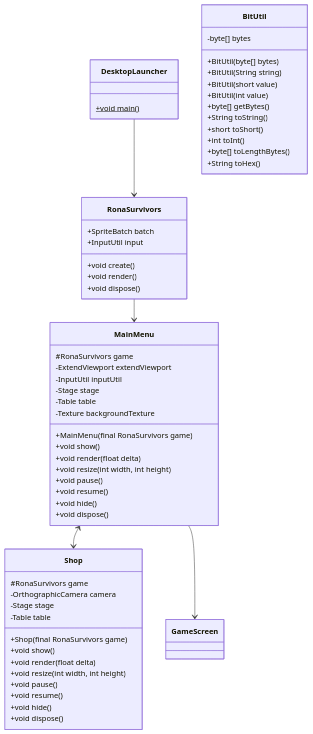
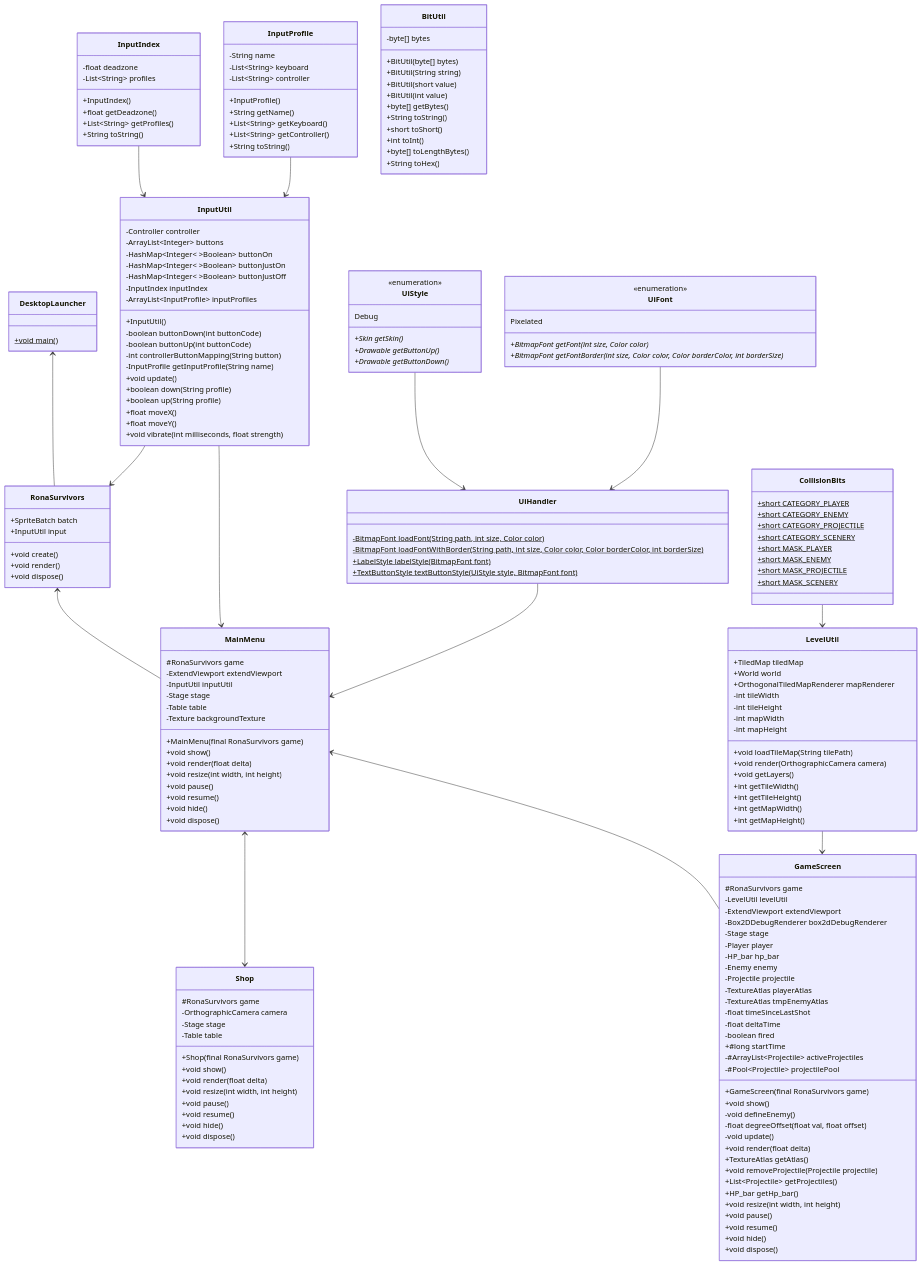
Before and after one commit to beateskog/INF112project: the diagram in README.md, drawn with Mermaid.

Commit message:
Class diagram

````diff
--- a/README.md
+++ b/README.md
@@ -61,9 +61,21 @@
 ```mermaid
 classDiagram
-    DesktopLauncher --> RonaSurvivors
-    RonaSurvivors --> MainMenu
+    DesktopLauncher <-- RonaSurvivors
+    RonaSurvivors <-- MainMenu
     MainMenu <--> Shop
-    MainMenu --> GameScreen
+    MainMenu <-- GameScreen
+    InputUtil --> RonaSurvivors
+    InputUtil --> MainMenu
+    UiHandler --> MainMenu
+    LevelUtil --> GameScreen
+
+    InputIndex --> InputUtil
+    InputProfile --> InputUtil
+
+    UiStyle --> UiHandler
+    UiFont --> UiHandler
+
+    CollisionBits --> LevelUtil
 
     %% Startup
     class DesktopLauncher {
@@ -115,10 +127,85 @@
     }
 
     class GameScreen {
+        #RonaSurvivors game
+        -LevelUtil levelUtil
+        -ExtendViewport extendViewport
+        -Box2DDebugRenderer box2dDebugRenderer
+        -Stage stage
+        -Player player
+        -HP_bar hp_bar
+        -Enemy enemy
+        -Projectile projectile
+        -TextureAtlas playerAtlas
+        -TextureAtlas tmpEnemyAtlas
+        -float timeSinceLastShot
+        -float deltaTime
+        -boolean fired
+        +#long startTime
+        -#ArrayList~Projectile~ activeProjectiles
+        -#Pool~Projectile~ projectilePool
 
+        +GameScreen(final RonaSurvivors game)
+        +void show()
+        -void defineEnemy()
+        -float degreeOffset(float val, float offset)
+        -void update()
+        +void render(float delta)
+        +TextureAtlas getAtlas()
+        +void removeProjectile(Projectile projectile)
+        +List~Projectile~ getProjectiles()
+        +HP_bar getHp_bar()
+        +void resize(int width, int height)
+        +void pause()
+        +void resume()
+        +void hide()
+        +void dispose()
     }
 
     %% Utils
+    class InputUtil {
+        -Controller controller
+        -ArrayList~Integer~ buttons
+        -HashMap~Integer~ ~Boolean~ buttonOn
+        -HashMap~Integer~ ~Boolean~ buttonJustOn
+        -HashMap~Integer~ ~Boolean~ buttonJustOff
+        -InputIndex inputIndex
+        -ArrayList~InputProfile~ inputProfiles
+
+        +InputUtil()
+        -boolean buttonDown(int buttonCode)
+        -boolean buttonUp(int buttonCode)
+        -int controllerButtonMapping(String button)
+        -InputProfile getInputProfile(String name)
+        +void update()
+        +boolean down(String profile)
+        +boolean up(String profile)
+        +float moveX()
+        +float moveY()
+        +void vibrate(int milliseconds, float strength)
+    }
+
+    class InputIndex {
+        -float deadzone
+        -List~String~ profiles
+        +InputIndex()
+        +float getDeadzone()
+        +List~String~ getProfiles()
+        +String toString()
+    }
+
+    class InputProfile {
+        -String name
+        -List~String~ keyboard
+        -List~String~ controller
+
+        +InputProfile()
+        +String getName()
+        +List~String~ getKeyboard()
+        +List~String~ getController()
+        +String toString()
+    }
+
     class BitUtil {
         -byte[] bytes
 
@@ -134,4 +221,57 @@
         +byte[] toLengthBytes()
         +String toHex()
     }
+
+    class UiHandler {
+        -BitmapFont loadFont(String path, int size, Color color)$
+        -BitmapFont loadFontWithBorder(String path, int size, Color color, Color borderColor, int borderSize)$
+        +LabelStyle labelStyle(BitmapFont font)$
+        +TextButtonStyle textButtonStyle(UiStyle style, BitmapFont font)$
+    }
+
+    class UiStyle {
+        <<enumeration>>
+        Debug
+        +Skin getSkin()*
+        +Drawable getButtonUp()*
+        +Drawable getButtonDown()*
+    }
+
+    class UiFont {
+        <<enumeration>>
+        Pixelated
+        +BitmapFont getFont(int size, Color color)*
+        +BitmapFont getFontBorder(int size, Color color, Color borderColor, int borderSize)*
+    }
+
+    class LevelUtil {
+        +TiledMap tiledMap
+        +World world
+        +OrthogonalTiledMapRenderer mapRenderer
+        -int tileWidth
+        -int tileHeight
+        -int mapWidth
+        -int mapHeight
+
+        +void loadTileMap(String tilePath)
+        +void render(OrthographicCamera camera)
+        +void getLayers()
+        +int getTileWidth()
+        +int getTileHeight()
+        +int getMapWidth()
+        +int getMapHeight()
+    }
+
+    %% Game
+    class CollisionBits {
+        +short CATEGORY_PLAYER$
+        +short CATEGORY_ENEMY$
+        +short CATEGORY_PROJECTILE$
+        +short CATEGORY_SCENERY$
+
+        +short MASK_PLAYER$
+        +short MASK_ENEMY$
+        +short MASK_PROJECTILE$
+        +short MASK_SCENERY$
+    }
 ```
````
